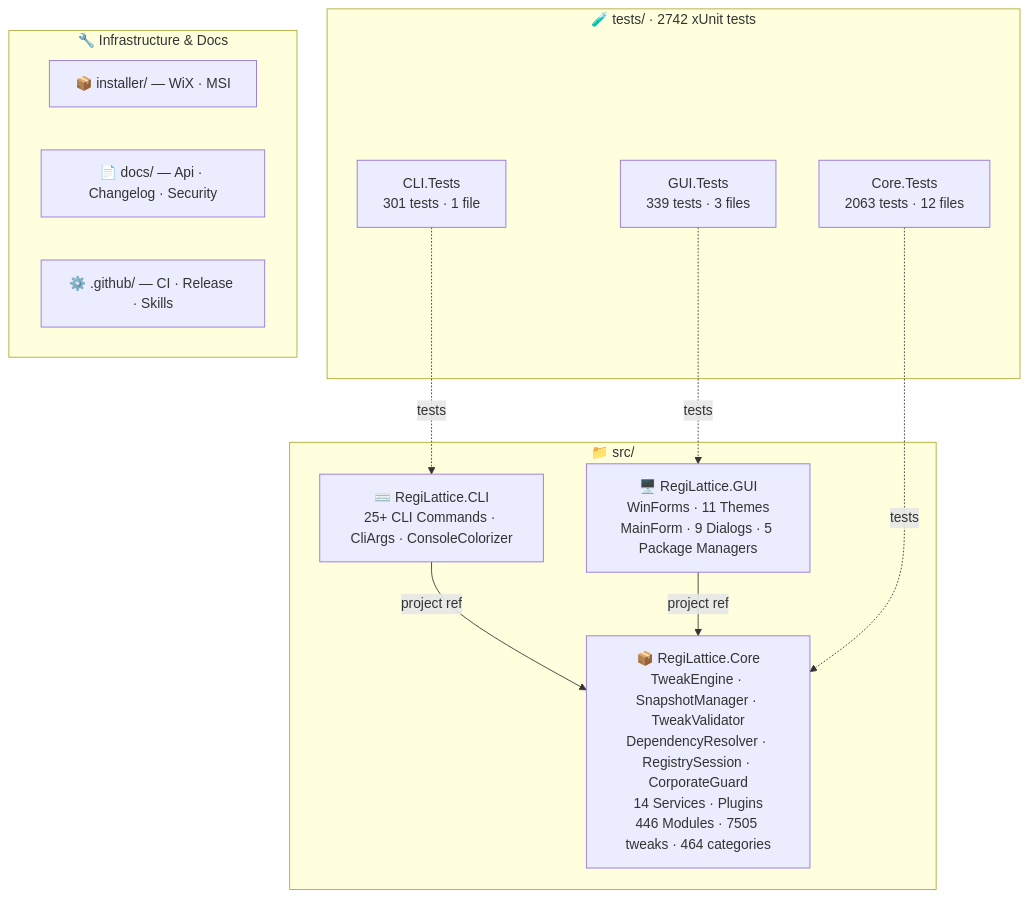
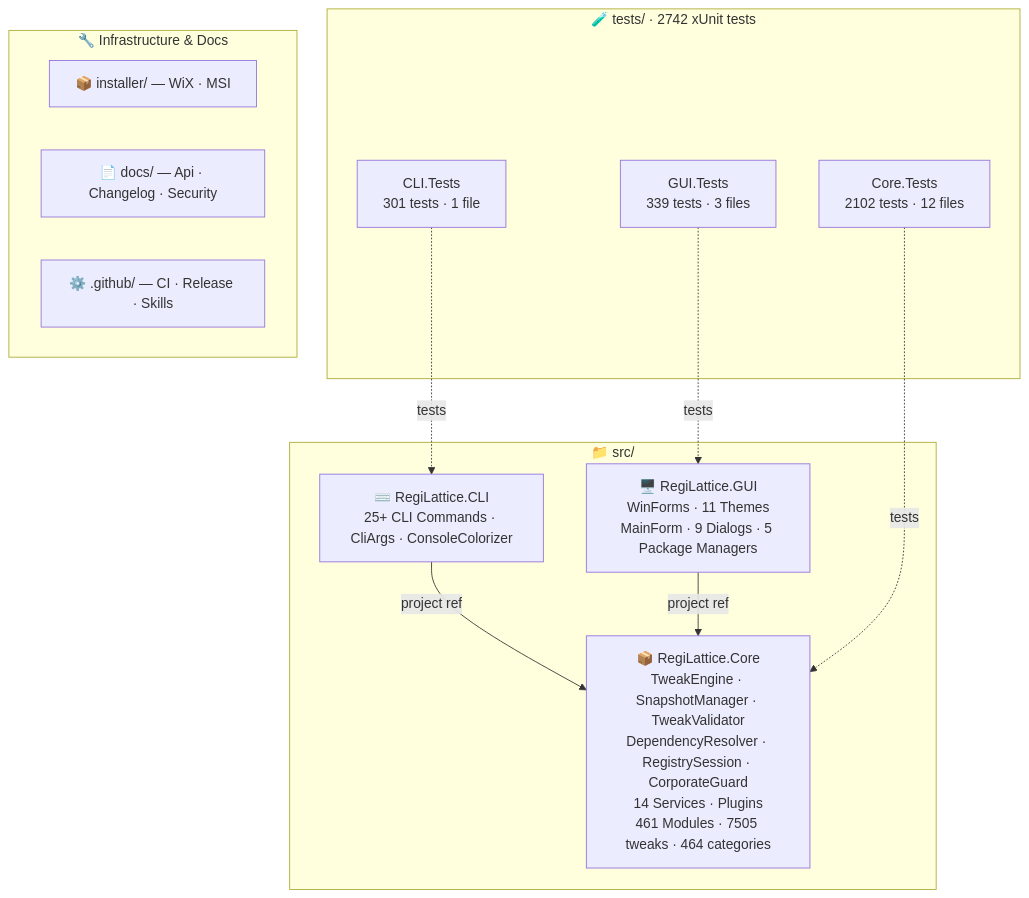
Before and after one commit to RajwanYair/RegiLattice: the second of 2 diagrams in README.md, drawn with Mermaid. The commit also changed other lines of this file and 6 other files, not shown here.

````diff
--- a/README.md
+++ b/README.md
@@ -255,26 +255,26 @@
 ```mermaid
 graph TD
     subgraph SRC["📁 src/"]
-        CORE["📦 RegiLattice.Core<br/>TweakEngine · SnapshotManager · TweakValidator<br/>DependencyResolver · RegistrySession · CorporateGuard<br/>14 Services · Plugins<br/>446 Modules · 7505 tweaks · 464 categories"]
+        CORE["📦 RegiLattice.Core<br/>TweakEngine · SnapshotManager · TweakValidator<br/>DependencyResolver · RegistrySession · CorporateGuard<br/>14 Services · Plugins<br/>461 Modules · 7505 tweaks · 464 categories"]
         GUI["🖥️ RegiLattice.GUI<br/>WinForms · 11 Themes<br/>MainForm · 9 Dialogs · 5 Package Managers"]
         CLI["⌨️ RegiLattice.CLI<br/>25+ CLI Commands · CliArgs · ConsoleColorizer"]
     end
 
     subgraph TST["🧪 tests/  ·  2742 xUnit tests"]
-        CT["Core.Tests<br/>2063 tests · 12 files"]
+        CT["Core.Tests<br/>2102 tests · 12 files"]
         CLT["CLI.Tests<br/>301 tests · 1 file"]
         GT["GUI.Tests<br/>339 tests · 3 files"]
     end
 
     subgraph INFRA["🔧 Infrastructure & Docs"]
         INST["📦 installer/ — WiX · MSI"]
         DOCS["📄 docs/ — Api · Changelog · Security"]
         GH["⚙️ .github/ — CI · Release · Skills"]
     end
 
     CLI -->|project ref| CORE
     GUI -->|project ref| CORE
     CT -.->|tests| CORE
     CLT -.->|tests| CLI
     GT -.->|tests| GUI
 ```
````
